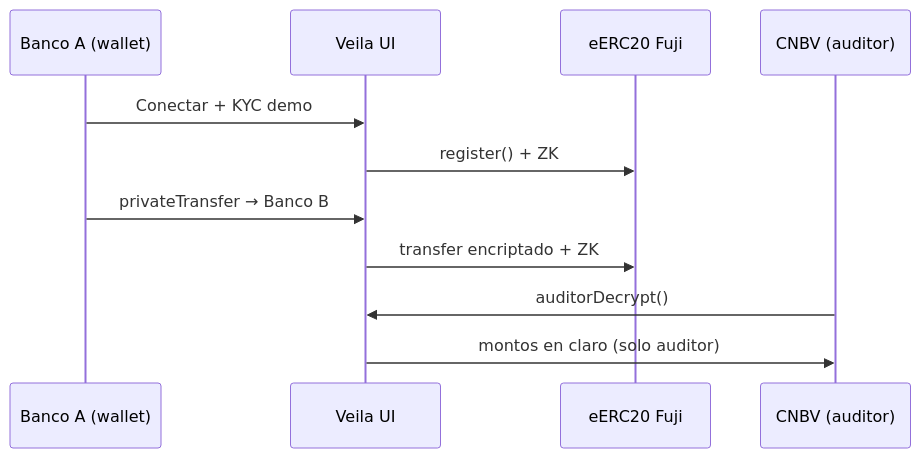
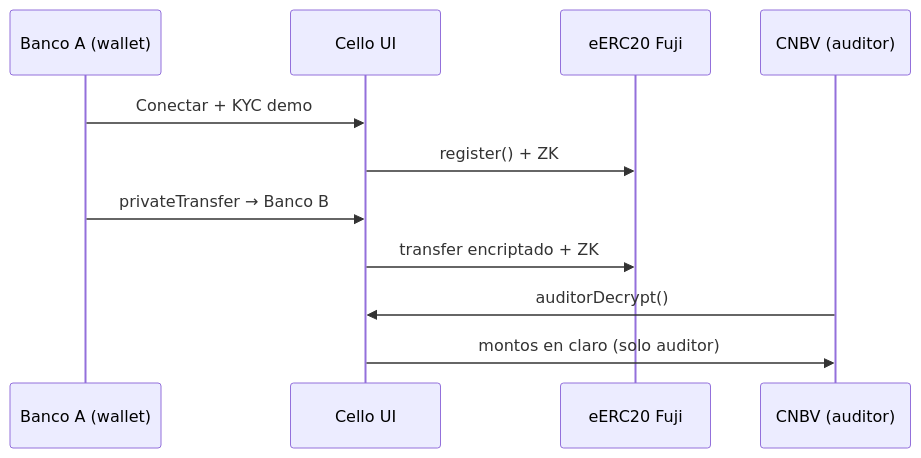
The diagram in docs/README.md (Jehp23/avax-compliance), drawn with Mermaid before and after one commit. The commit also changed other lines of this file and 24 other files, not shown here.

````diff
--- a/docs/README.md
+++ b/docs/README.md
@@ -16,14 +16,14 @@
 ```mermaid
 sequenceDiagram
   participant B as Banco A (wallet)
-  participant V as Veila UI
+  participant V as Cello UI
   participant C as eERC20 Fuji
   participant R as CNBV (auditor)
 
   B->>V: Conectar + KYC demo
   V->>C: register() + ZK
   B->>V: privateTransfer → Banco B
   V->>C: transfer encriptado + ZK
   R->>V: auditorDecrypt()
   V->>R: montos en claro (solo auditor)
 ```
````
